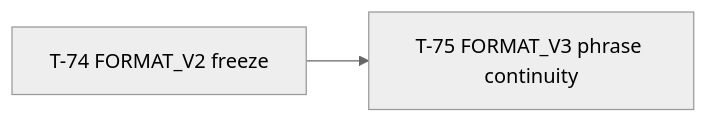
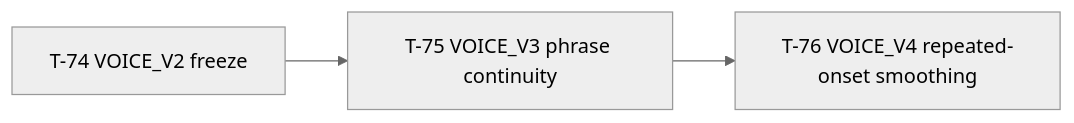
One commit to skeswa/dootdoot changed the third of 3 diagrams in docs/plan.md. Above: the diagram before and after it, drawn with Mermaid (neutral theme). The commit also changed other lines of this file and 49 other files, not shown here.

First line of the commit message:
Smooth VOICE_V4 repeated onsets

````diff
--- a/docs/plan.md
+++ b/docs/plan.md
@@ -435,4 +448,5 @@
 ```mermaid
 flowchart LR
-    T74[T-74 FORMAT_V2 freeze] --> T75[T-75 FORMAT_V3 phrase continuity]
+    T74[T-74 VOICE_V2 freeze] --> T75[T-75 VOICE_V3 phrase continuity]
+    T75 --> T76[T-76 VOICE_V4 repeated-onset smoothing]
 ```
````
